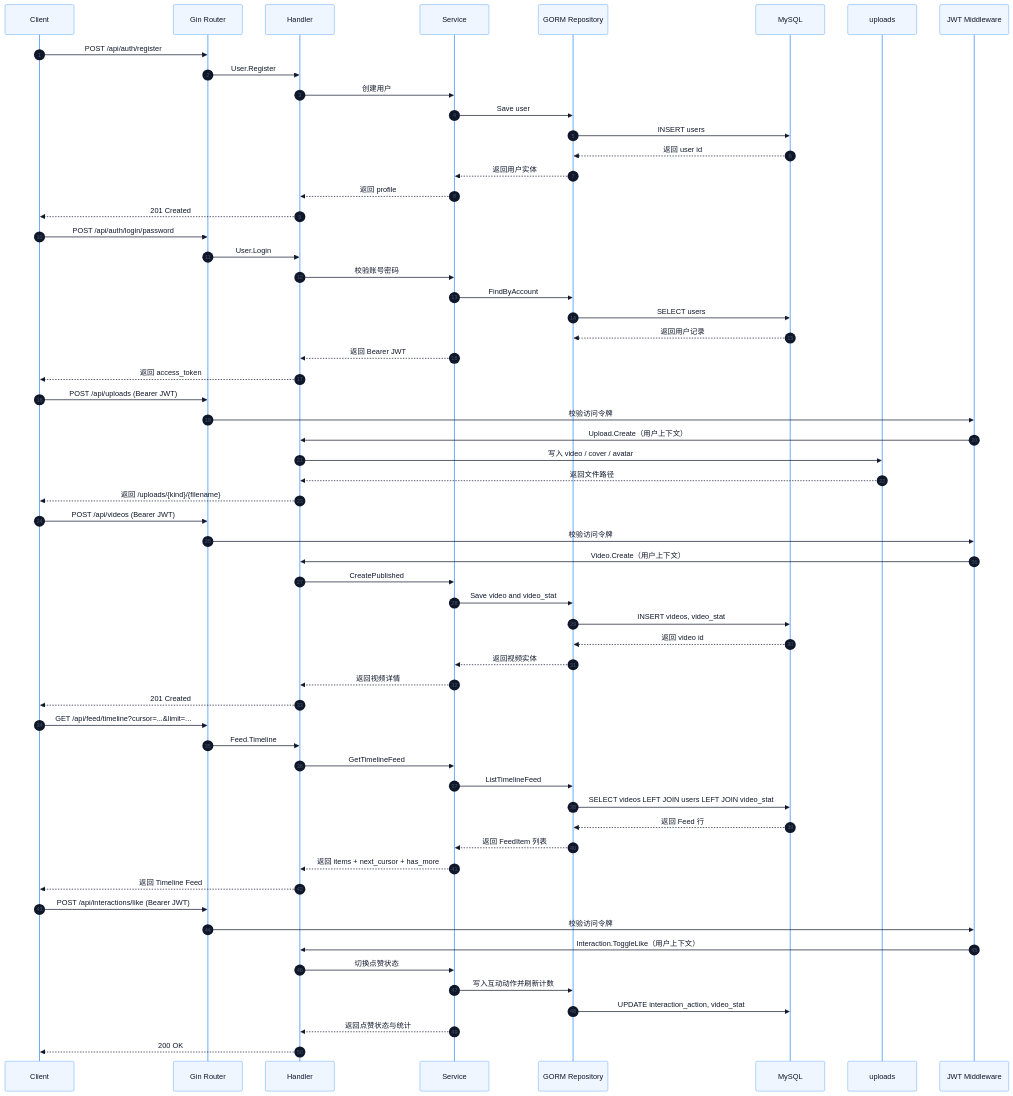
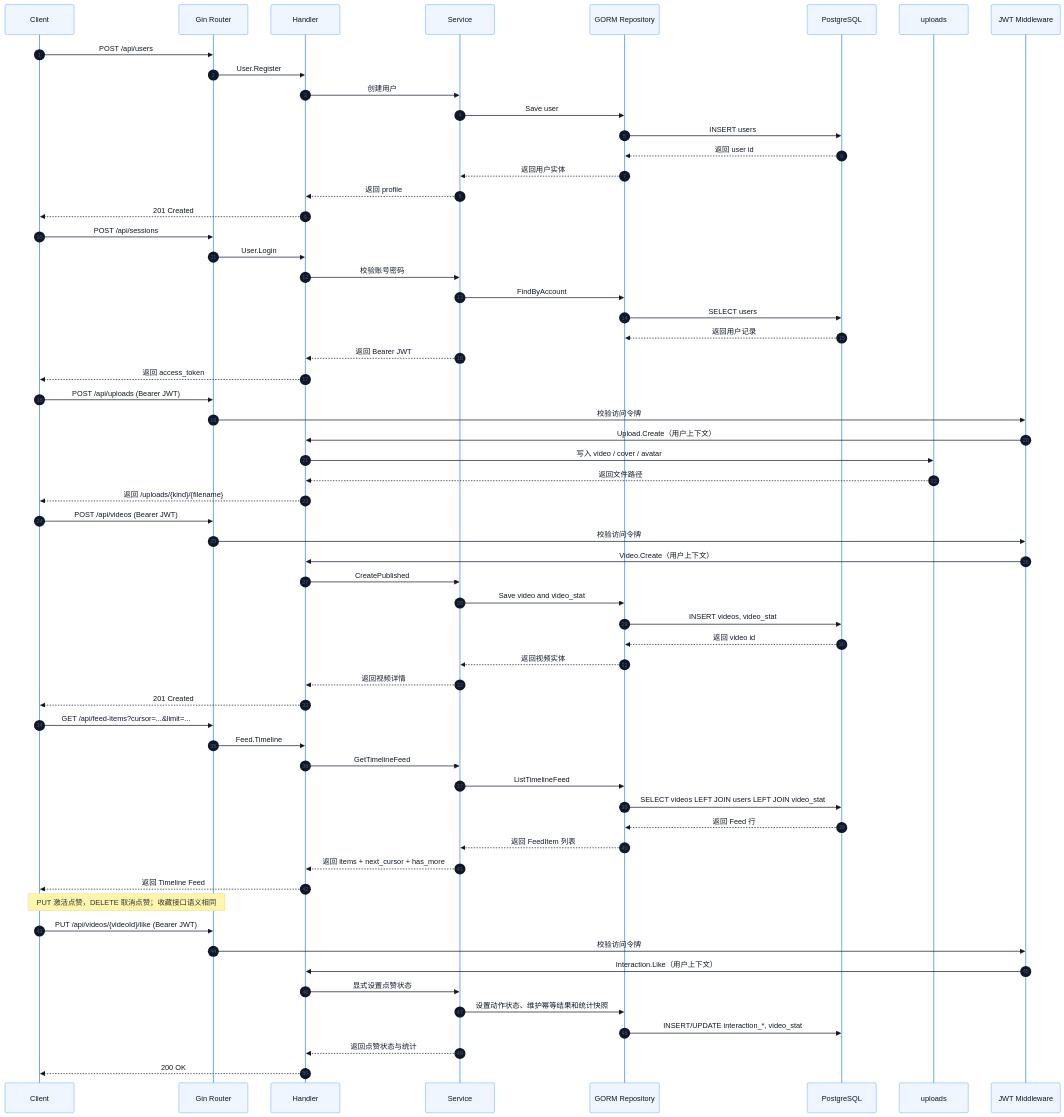
One commit to Inumoroha/VideoFeed changed the third of 5 diagrams in docs/architecture.md. Above: the diagram before and after it, drawn with Mermaid. The commit also changed other lines of this file and 4 other files, not shown here.

First line of the commit message:
docs(architecture): 同步接口设计文档

````diff
--- a/docs/architecture.md
+++ b/docs/architecture.md
@@ -139,11 +139,11 @@
   participant H as Handler
   participant S as Service
   participant Repo as GORM Repository
-  participant DB as MySQL
+  participant DB as PostgreSQL
   participant FS as uploads
   participant Auth as JWT Middleware
 
-  C->>R: POST /api/auth/register
+  C->>R: POST /api/users
   R->>H: User.Register
   H->>S: 创建用户
   S->>Repo: Save user
@@ -153,7 +153,7 @@
   S-->>H: 返回 profile
   H-->>C: 201 Created
 
-  C->>R: POST /api/auth/login/password
+  C->>R: POST /api/sessions
   R->>H: User.Login
   H->>S: 校验账号密码
   S->>Repo: FindByAccount
@@ -180,7 +180,7 @@
   S-->>H: 返回视频详情
   H-->>C: 201 Created
 
-  C->>R: GET /api/feed/timeline?cursor=...&limit=...
+  C->>R: GET /api/feed-items?cursor=...&limit=...
   R->>H: Feed.Timeline
   H->>S: GetTimelineFeed
   S->>Repo: ListTimelineFeed
@@ -190,12 +190,13 @@
   S-->>H: 返回 items + next_cursor + has_more
   H-->>C: 返回 Timeline Feed
 
-  C->>R: POST /api/interactions/like (Bearer JWT)
+  Note over C,R: PUT 激活点赞，DELETE 取消点赞；收藏接口语义相同
+  C->>R: PUT /api/videos/{videoId}/like (Bearer JWT)
   R->>Auth: 校验访问令牌
-  Auth->>H: Interaction.ToggleLike（用户上下文）
-  H->>S: 切换点赞状态
-  S->>Repo: 写入互动动作并刷新计数
-  Repo->>DB: UPDATE interaction_action, video_stat
+  Auth->>H: Interaction.Like（用户上下文）
+  H->>S: 显式设置点赞状态
+  S->>Repo: 设置动作状态、维护幂等结果和统计快照
+  Repo->>DB: INSERT/UPDATE interaction_*, video_stat
   S-->>H: 返回点赞状态与统计
   H-->>C: 200 OK
 ```
````
